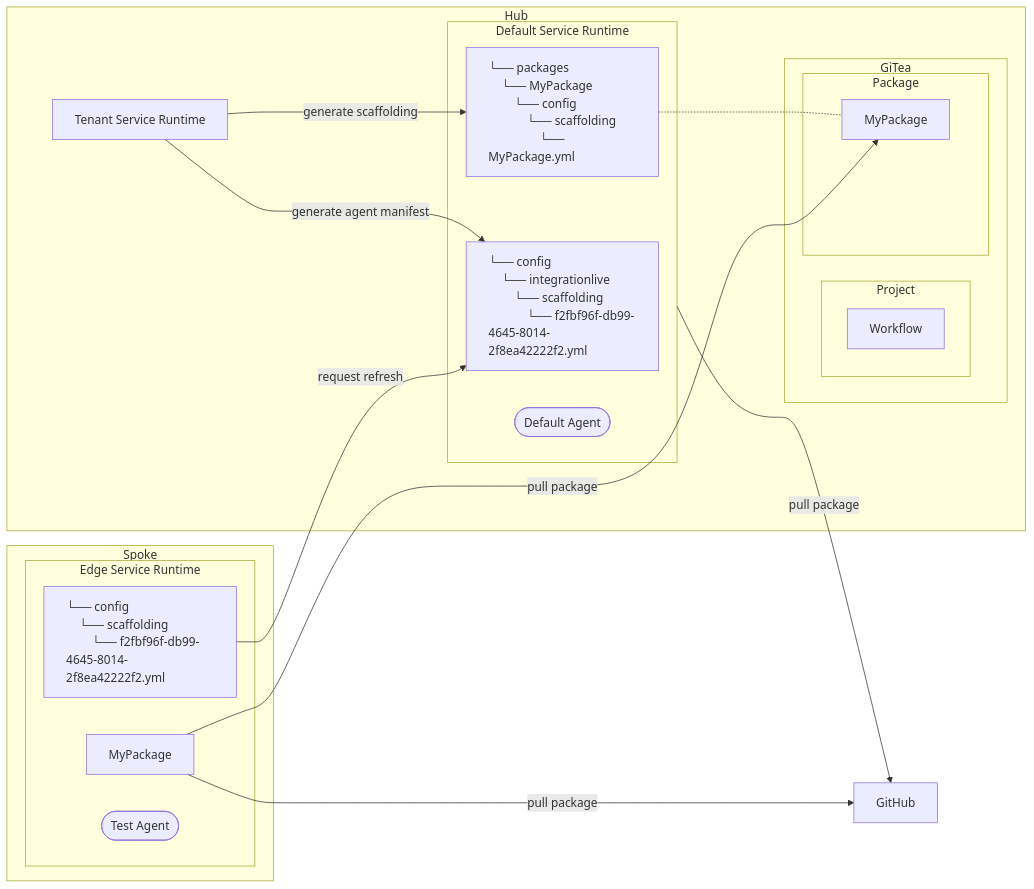
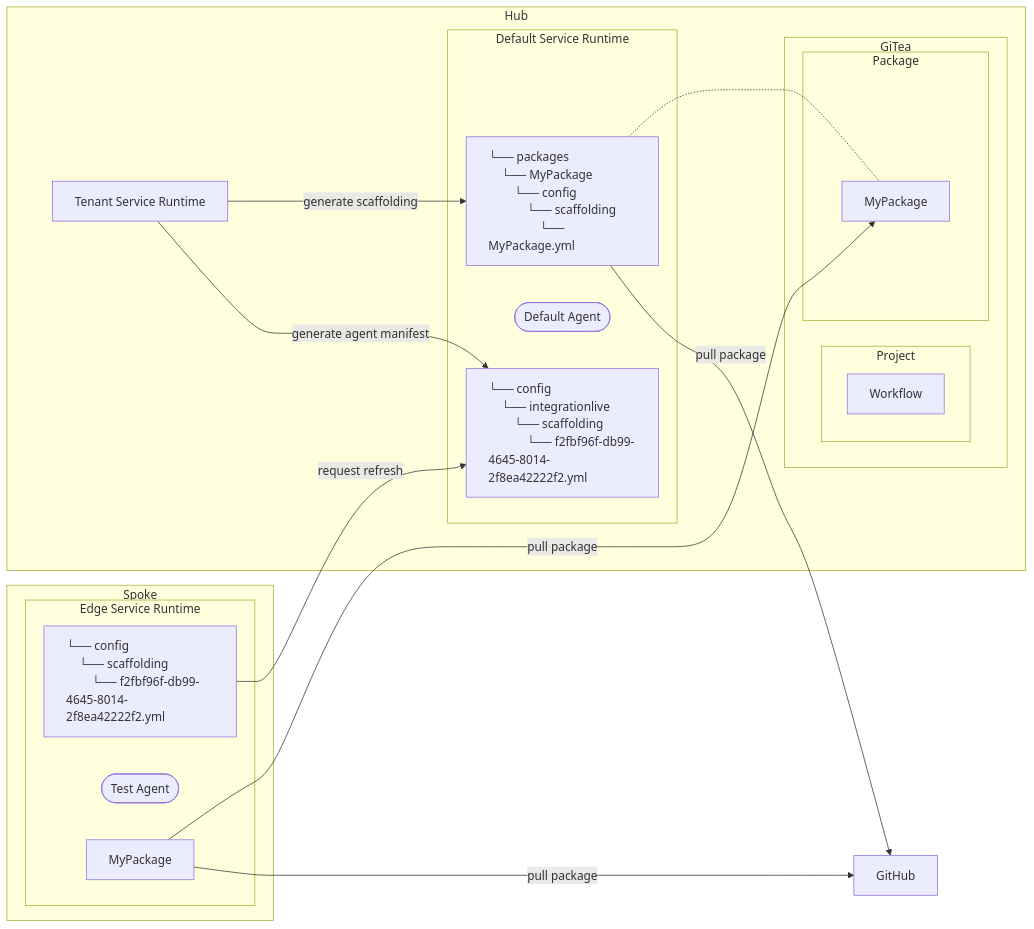
Before and after one commit to t-ibm/didymus: the diagram in app/src/doc/templates/origin.mmd, drawn with Mermaid.

Commit message:
Adding more details to the Origin graph

```diff
--- a/app/src/doc/templates/origin.mmd
+++ b/app/src/doc/templates/origin.mmd
@@ -1,51 +1,51 @@
 %%{
-  init: {
-    'themeVariables': {
-      'fontFamily': 'monospace'
-    }
-  }
+init: {
+'themeVariables': {
+'fontFamily': 'monospace'
+}
+}
 }%%
 flowchart LR
   github[GitHub]
-  subgraph hub[Hub]
-    hub.tsr["Tenant Service Runtime"]
-    subgraph hub.git["GiTea"]
-      subgraph hub.git.project["Project"]
-        hub.git.project.wf["Workflow"]
-      end
-      subgraph hub.git.pkg["Package"]
-        hub.git.pkg.my["MyPackage"]
-      end
-    end
-    subgraph hub.svc["Default Service Runtime"]
-      hub.svc.am["<div style='text-align: left;'>└── config
+subgraph hub[Hub]
+hub.tsr["Tenant Service Runtime"]
+subgraph hub.git["GiTea"]
+subgraph hub.git.project["Project"]
+hub.git.project.wf["Workflow"]
+end
+subgraph hub.git.pkg["Package"]
+hub.git.pkg.my["MyPackage"]
+end
+end
+subgraph hub.svc["Default Service Runtime"]
+hub.svc.am["<div style='text-align: left;'>└── config
 #8200;#8200;#8200;#8200;└── integrationlive
 #8200;#8200;#8200;#8200;#8200;#8200;#8200;#8200;└── scaffolding
 #8200;#8200;#8200;#8200;#8200;#8200;#8200;#8200;#8200;#8200;#8200;#8200;└── f2fbf96f-db99-4645-8014-2f8ea42222f2.yml
 </div>"]
-      hub.svc.scaffold["<div style='text-align: left;'>└── packages
+hub.svc.agent(["Default Agent"])
+hub.svc.pkg["<div style='text-align: left;'>└── packages
 #8200;#8200;#8200;#8200;└── MyPackage
 #8200;#8200;#8200;#8200;#8200;#8200;#8200;#8200;└── config
 #8200;#8200;#8200;#8200;#8200;#8200;#8200;#8200;#8200;#8200;#8200;#8200;└── scaffolding
 #8200;#8200;#8200;#8200;#8200;#8200;#8200;#8200;#8200;#8200;#8200;#8200;#8200;#8200;#8200;#8200;└── MyPackage.yml
 </div>"]
-      hub.svc.agent(["Default Agent"])
-    end
-  end
-  subgraph spoke [Spoke]
-    subgraph spoke.svc["Edge Service Runtime"]
-      spoke.svc.am["<div style='text-align: left;'>└── config
+end
+end
+subgraph spoke [Spoke]
+subgraph spoke.svc["Edge Service Runtime"]
+spoke.svc.am["<div style='text-align: left;'>└── config
 #8200;#8200;#8200;#8200;└── scaffolding
 #8200;#8200;#8200;#8200;#8200;#8200;#8200;#8200;└── f2fbf96f-db99-4645-8014-2f8ea42222f2.yml
 </div>"]
-      spoke.svc.pkg["MyPackage"]
-      spoke.svc.agent(["Test Agent"])
-    end
-  end
-  hub.tsr -- generate scaffolding --> hub.svc.scaffold
-  hub.tsr -- generate agent manifest --> hub.svc.am
-  hub.svc.scaffold -.- hub.git.pkg.my
-  hub.svc -- pull package --> github
-  spoke.svc.am -- request refresh --> hub.svc.am
-  spoke.svc.pkg -- pull package --> hub.git.pkg.my
-  spoke.svc.pkg -- pull package --> github
+spoke.svc.agent(["Test Agent"])
+spoke.svc.pkg["MyPackage"]
+end
+end
+hub.tsr -- generate scaffolding --> hub.svc.pkg
+hub.tsr -- generate agent manifest --> hub.svc.am
+hub.svc.pkg -.- hub.git.pkg.my
+hub.svc.pkg -- pull package --> github
+spoke.svc.am -- request refresh --> hub.svc.am
+spoke.svc.pkg -- pull package --> hub.git.pkg.my
+spoke.svc.pkg -- pull package --> github
```
